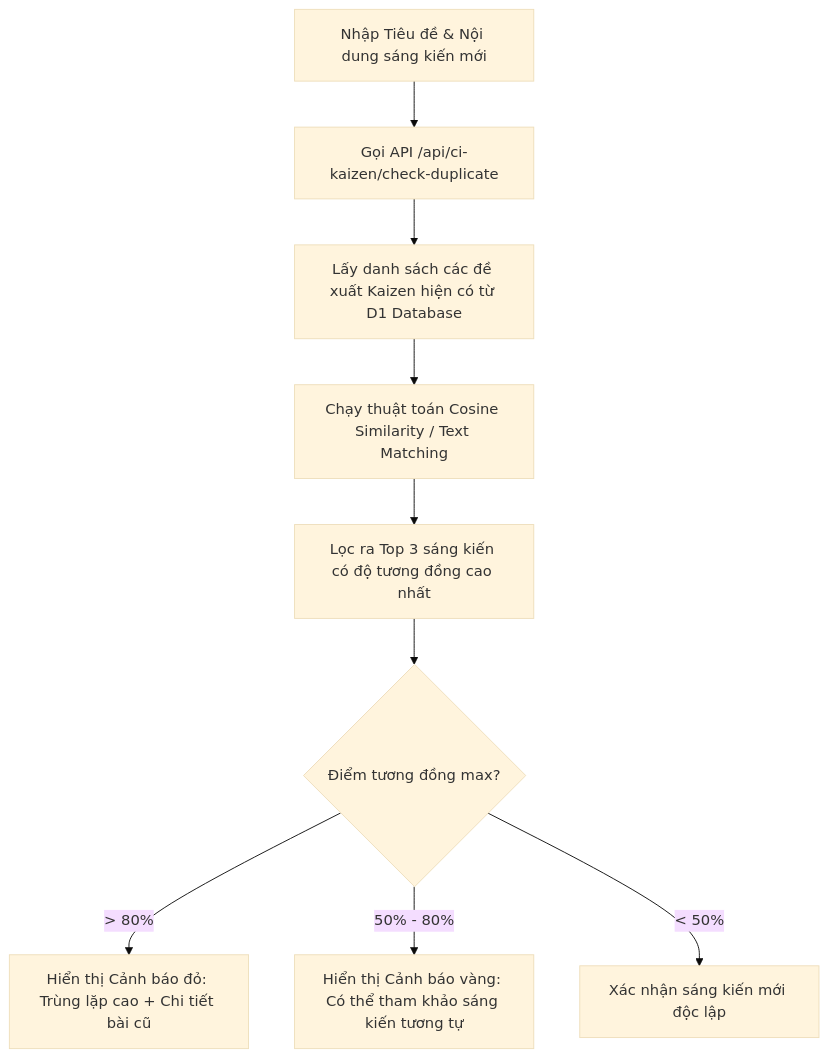
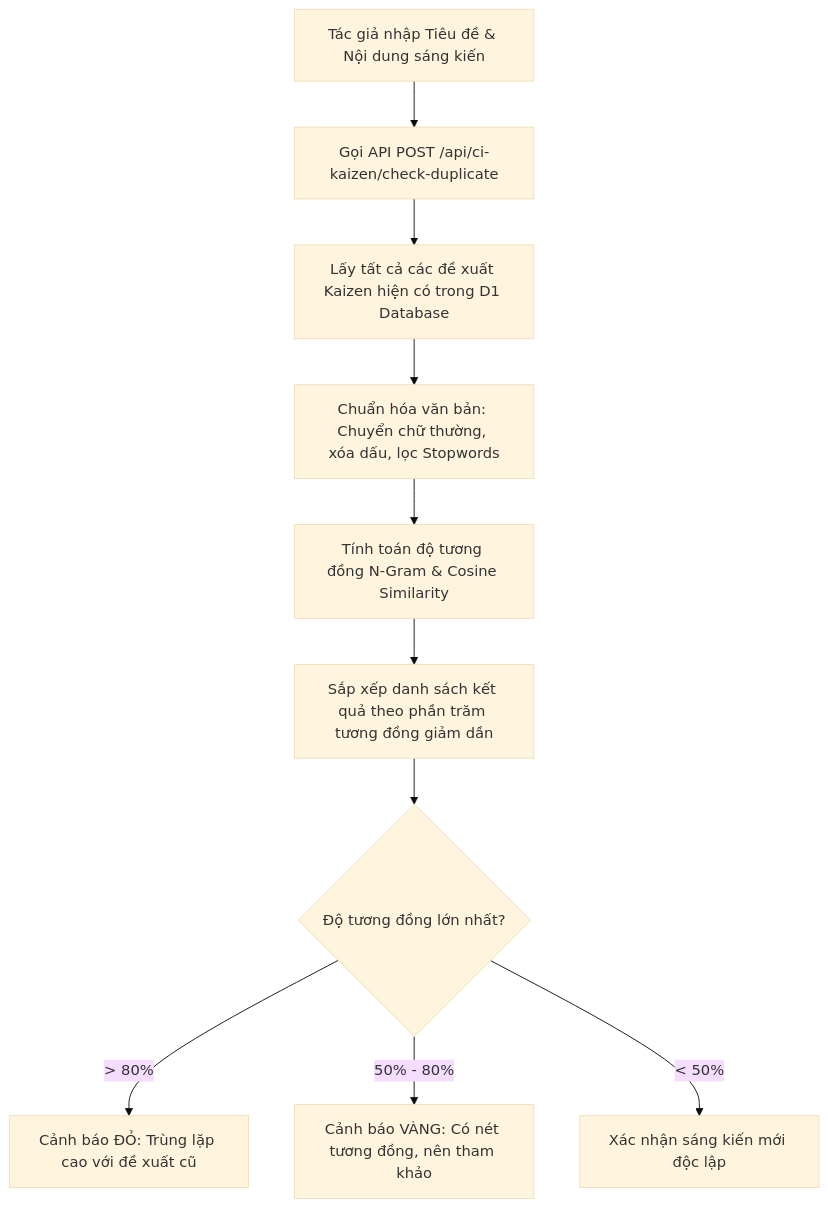
One commit to tbsgroup2026/vpchuoiskechers changed the fifth of 7 diagrams in README.md. Above: the diagram before and after it, drawn with Mermaid (base theme). The commit also changed other lines of this file and 1 other file, not shown here.

Commit message:
docs: Expand README with comprehensive architecture, D1 DB schema, API reference and all sub-system flowcharts

````diff
--- a/README.md
+++ b/README.md
@@ -195,12 +220,13 @@
 ```mermaid
 flowchart TD
-    InputText[Nhập Tiêu đề & Nội dung sáng kiến mới] --> TriggerAI[Gọi API /api/ci-kaizen/check-duplicate]
-    TriggerAI --> FetchExist[Lấy danh sách các đề xuất Kaizen hiện có từ D1 Database]
-    FetchExist --> ComputeSim[Chạy thuật toán Cosine Similarity / Text Matching]
-    ComputeSim --> FilterTop[Lọc ra Top 3 sáng kiến có độ tương đồng cao nhất]
+    InputData[Tác giả nhập Tiêu đề & Nội dung sáng kiến] --> TriggerAPI[Gọi API POST /api/ci-kaizen/check-duplicate]
+    TriggerAPI --> QueryD1[Lấy tất cả các đề xuất Kaizen hiện có trong D1 Database]
+    QueryD1 --> NlpProcess[Chuẩn hóa văn bản: Chuyển chữ thường, xóa dấu, lọc Stopwords]
+    NlpProcess --> VectorCalc[Tính toán độ tương đồng N-Gram & Cosine Similarity]
+    VectorCalc --> SortMatches[Sắp xếp danh sách kết quả theo phần trăm tương đồng giảm dần]
 
-    FilterTop --> CheckScore{Điểm tương đồng max?}
-    CheckScore -->|> 80%| DisplayHighWarn[Hiển thị Cảnh báo đỏ: Trùng lặp cao + Chi tiết bài cũ]
-    CheckScore -->|50% - 80%| DisplayMedWarn[Hiển thị Cảnh báo vàng: Có thể tham khảo sáng kiến tương tự]
-    CheckScore -->|< 50%| DisplayPass[Xác nhận sáng kiến mới độc lập]
+    SortMatches --> CheckThreshold{Độ tương đồng lớn nhất?}
+    CheckThreshold -->|> 80%| HighMatch[Cảnh báo ĐỎ: Trùng lặp cao với đề xuất cũ]
+    CheckThreshold -->|50% - 80%| MedMatch[Cảnh báo VÀNG: Có nét tương đồng, nên tham khảo]
+    CheckThreshold -->|< 50%| LowMatch[Xác nhận sáng kiến mới độc lập]
 ```
````
